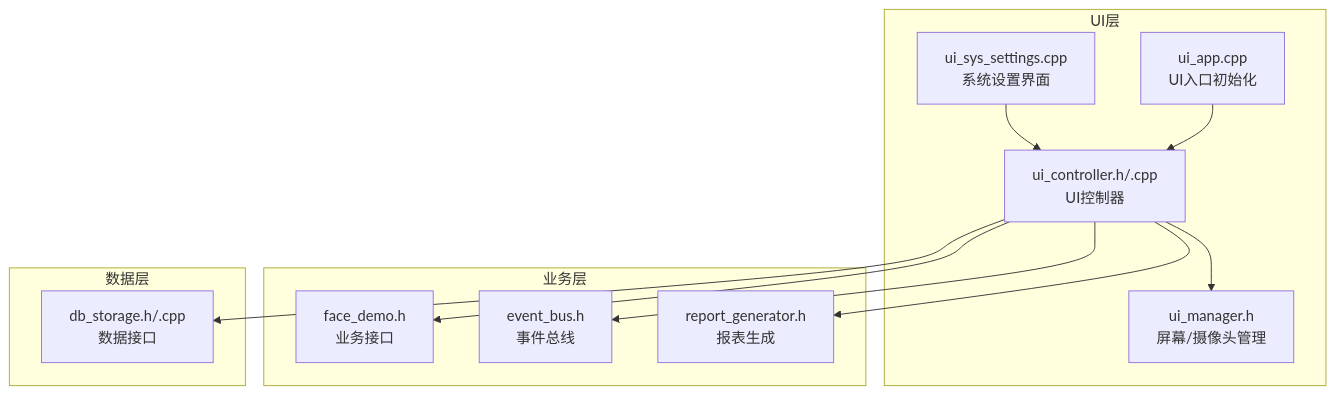
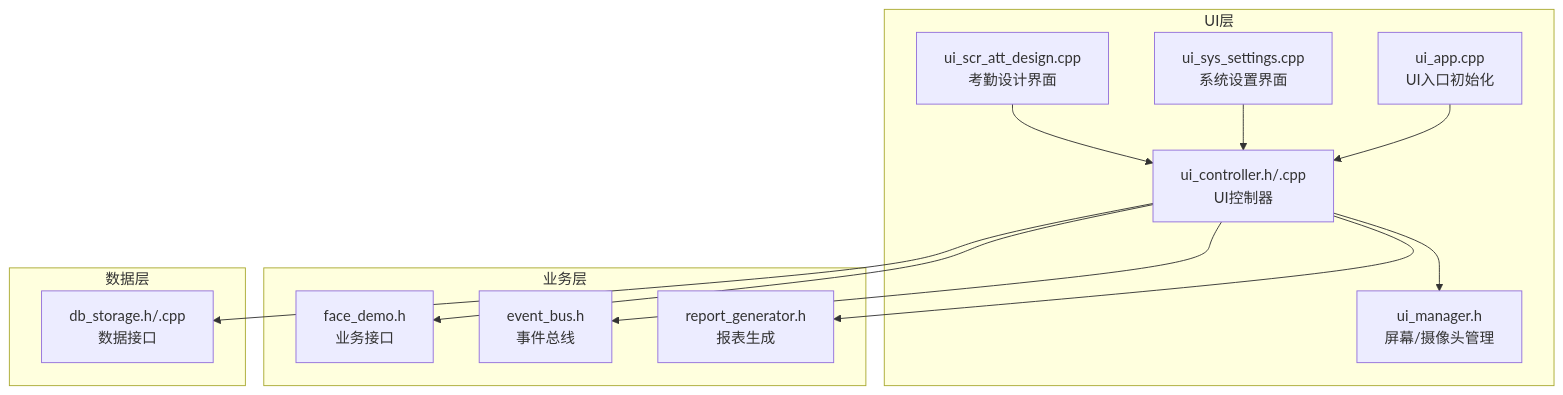
One commit to Drunk552/SmartAttendance changed the first of 3 diagrams in .qoder/repowiki/zh/content/API接口参考/UI层API接口.md. Above: the diagram before and after it, drawn with Mermaid. The commit also changed other lines of this file and 15 other files, not shown here.

````diff
--- a/.qoder/repowiki/zh/content/API接口参考/UI层API接口.md
+++ b/.qoder/repowiki/zh/content/API接口参考/UI层API接口.md
@@ -55,24 +55,26 @@
 ```mermaid
 graph TB
 subgraph "UI层"
 UIApp["ui_app.cpp<br/>UI入口初始化"]
 UIManager["ui_manager.h<br/>屏幕/摄像头管理"]
 UIController["ui_controller.h/.cpp<br/>UI控制器"]
 SystemSettings["ui_sys_settings.cpp<br/>系统设置界面"]
+AttDesign["ui_scr_att_design.cpp<br/>考勤设计界面"]
 end
 subgraph "业务层"
 FaceDemo["face_demo.h<br/>业务接口"]
 EventBus["event_bus.h<br/>事件总线"]
 ReportGen["report_generator.h<br/>报表生成"]
 end
 subgraph "数据层"
 DB["db_storage.h/.cpp<br/>数据接口"]
 end
 UIApp --> UIController
 UIController --> UIManager
 UIController --> EventBus
 UIController --> FaceDemo
 UIController --> ReportGen
 UIController --> DB
 SystemSettings --> UIController
+AttDesign --> UIController
 ```
````
